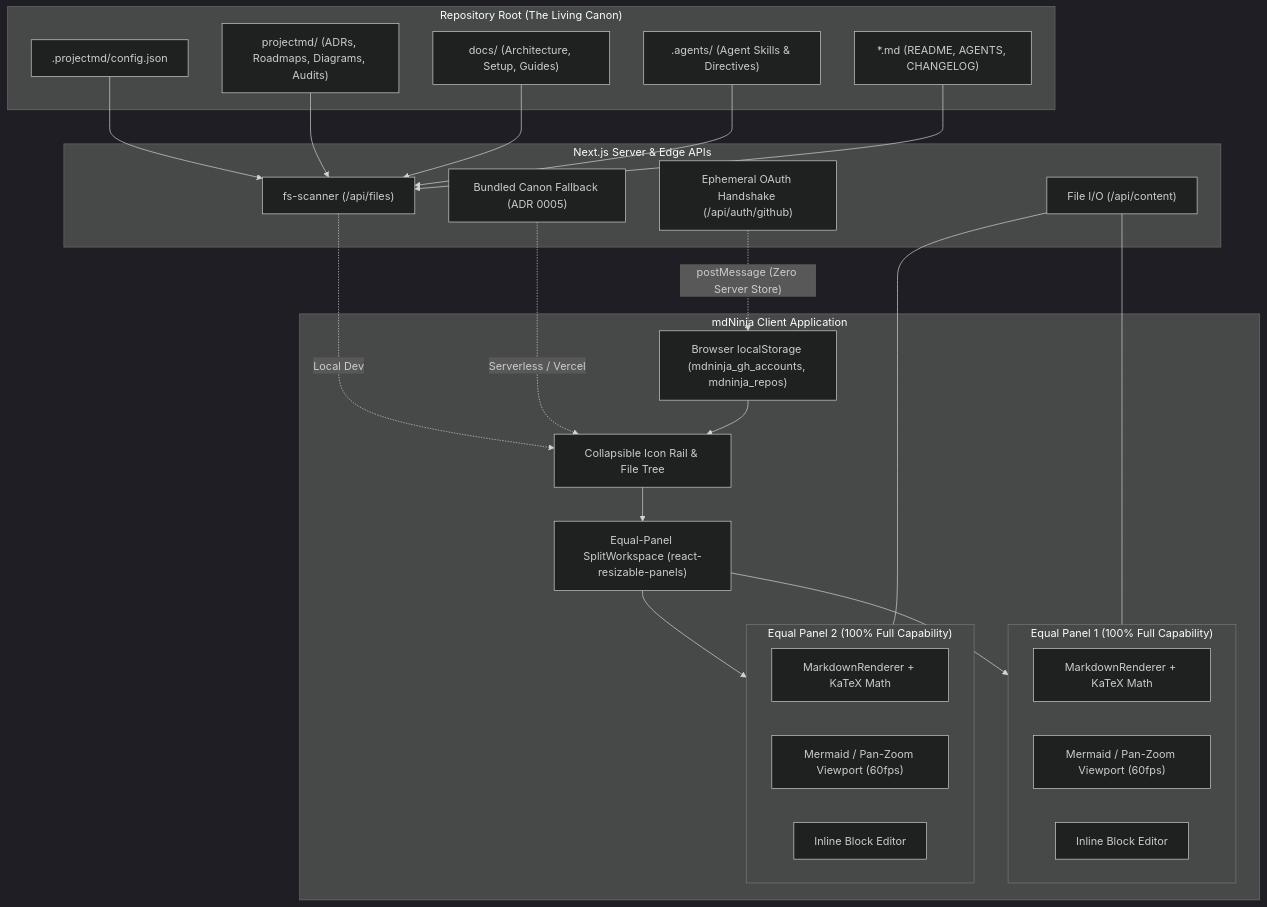
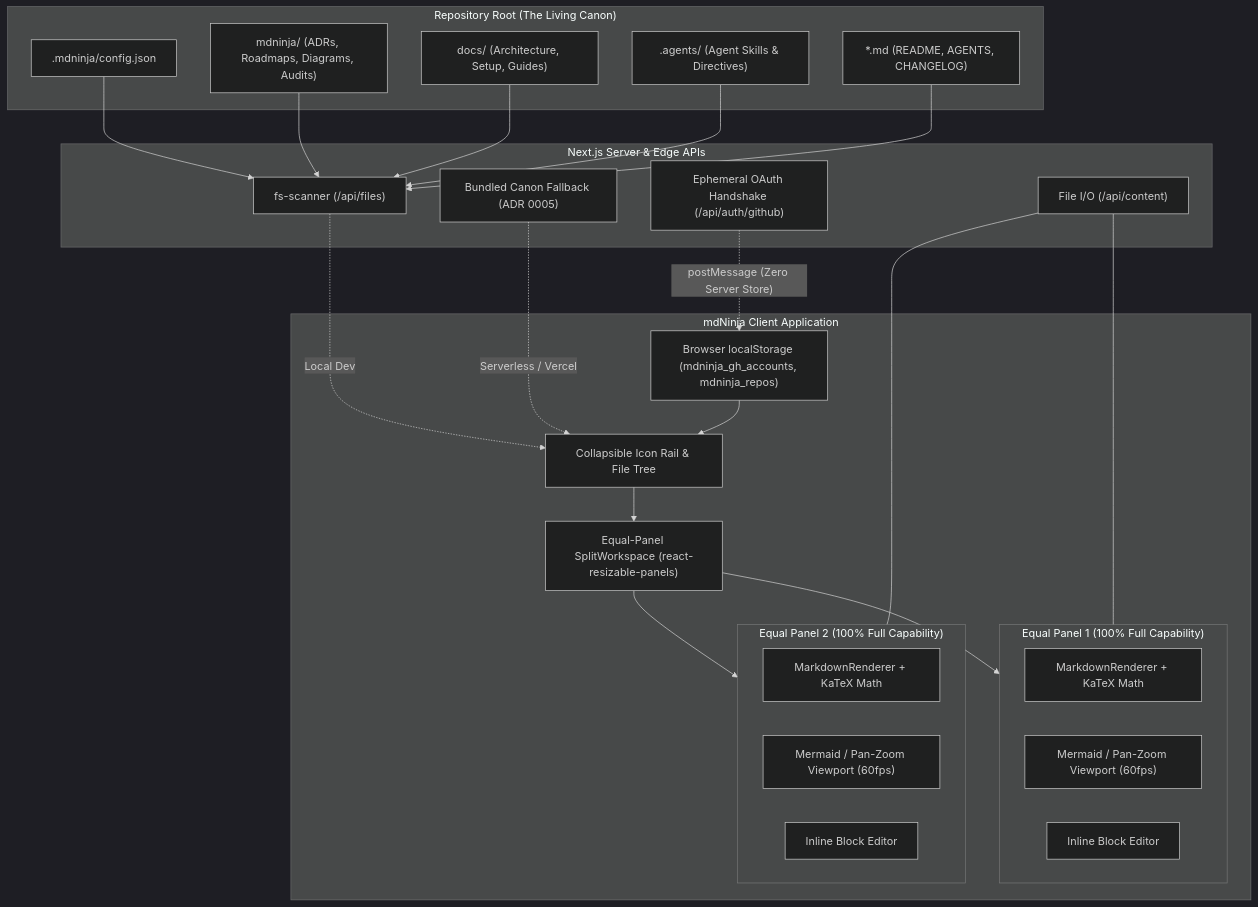
One commit to jamesnavinhill/mdNinja changed the first of 2 diagrams in mdninja/diagrams/architecture.md. Above: the diagram before and after it, drawn with Mermaid (dark theme). The commit also changed 99 other files, not shown here.

````diff
--- a/mdninja/diagrams/architecture.md
+++ b/mdninja/diagrams/architecture.md
@@ -3,55 +3,55 @@
 ```mermaid
 graph TD
     subgraph RepoRoot ["Repository Root (The Living Canon)"]
-        Config[".projectmd/config.json"]
-        Canon["projectmd/ (ADRs, Roadmaps, Diagrams, Audits)"]
+        Config[".mdninja/config.json"]
+        Canon["mdninja/ (ADRs, Roadmaps, Diagrams, Audits)"]
         Docs["docs/ (Architecture, Setup, Guides)"]
         Agents[".agents/ (Agent Skills & Directives)"]
         RootFiles["*.md (README, AGENTS, CHANGELOG)"]
     end
 
     subgraph CoreBackend ["Next.js Server & Edge APIs"]
         Scanner["fs-scanner (/api/files)"]
         BundledFallback["Bundled Canon Fallback (ADR 0005)"]
         IO["File I/O (/api/content)"]
         OAuth["Ephemeral OAuth Handshake (/api/auth/github)"]
     end
 
     subgraph Frontend ["mdNinja Client Application"]
         Sidebar["Collapsible Icon Rail & File Tree"]
         Splitter["Equal-Panel SplitWorkspace (react-resizable-panels)"]
         
         subgraph Panel1 ["Equal Panel 1 (100% Full Capability)"]
             Renderer1["MarkdownRenderer + KaTeX Math"]
             Diagram1["Mermaid / Pan-Zoom Viewport (60fps)"]
             Editor1["Inline Block Editor"]
         end
 
         subgraph Panel2 ["Equal Panel 2 (100% Full Capability)"]
             Renderer2["MarkdownRenderer + KaTeX Math"]
             Diagram2["Mermaid / Pan-Zoom Viewport (60fps)"]
             Editor2["Inline Block Editor"]
         end
 
         LocalStorage["Browser localStorage (mdninja_gh_accounts, mdninja_repos)"]
     end
 
     Config --> Scanner
     Canon --> Scanner
     Docs --> Scanner
     Agents --> Scanner
     RootFiles --> Scanner
 
     Scanner -.->|Local Dev| Sidebar
     BundledFallback -.->|Serverless / Vercel| Sidebar
 
     Sidebar --> Splitter
     Splitter --> Panel1
     Splitter --> Panel2
 
     IO --- Panel1
     IO --- Panel2
 
     OAuth -.->|"postMessage (Zero Server Store)"| LocalStorage
     LocalStorage --> Sidebar
 ```
````
